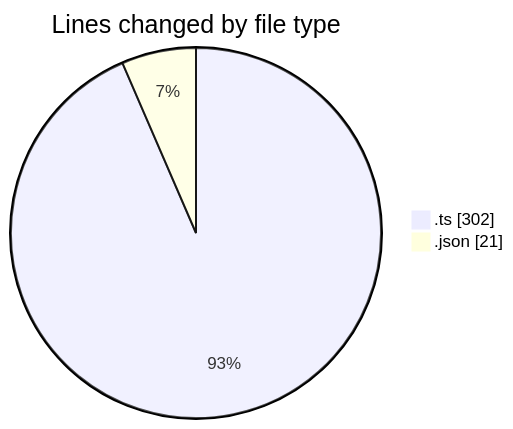
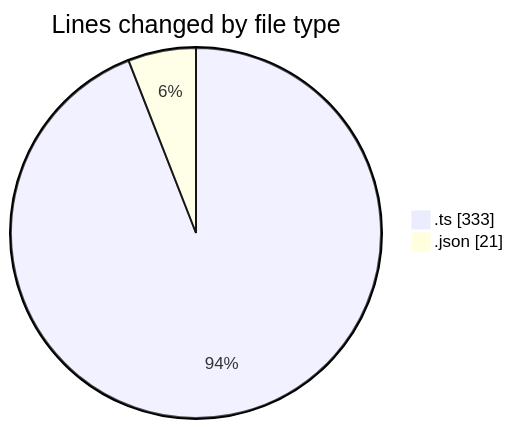
The first of 2 diagrams in 2025-08-26/mcp-web/README.md (EIIisD/code-tracking), drawn with Mermaid before and after one commit. The commit also changed other lines of this file and 1 other file, not shown here.

````diff
--- a/2025-08-26/mcp-web/README.md
+++ b/2025-08-26/mcp-web/README.md
@@ -21,6 +21,6 @@
 ```mermaid
 pie showData
 title Lines changed by file type
-".ts" : 302
+".ts" : 333
 ".json" : 21
 ```
````
